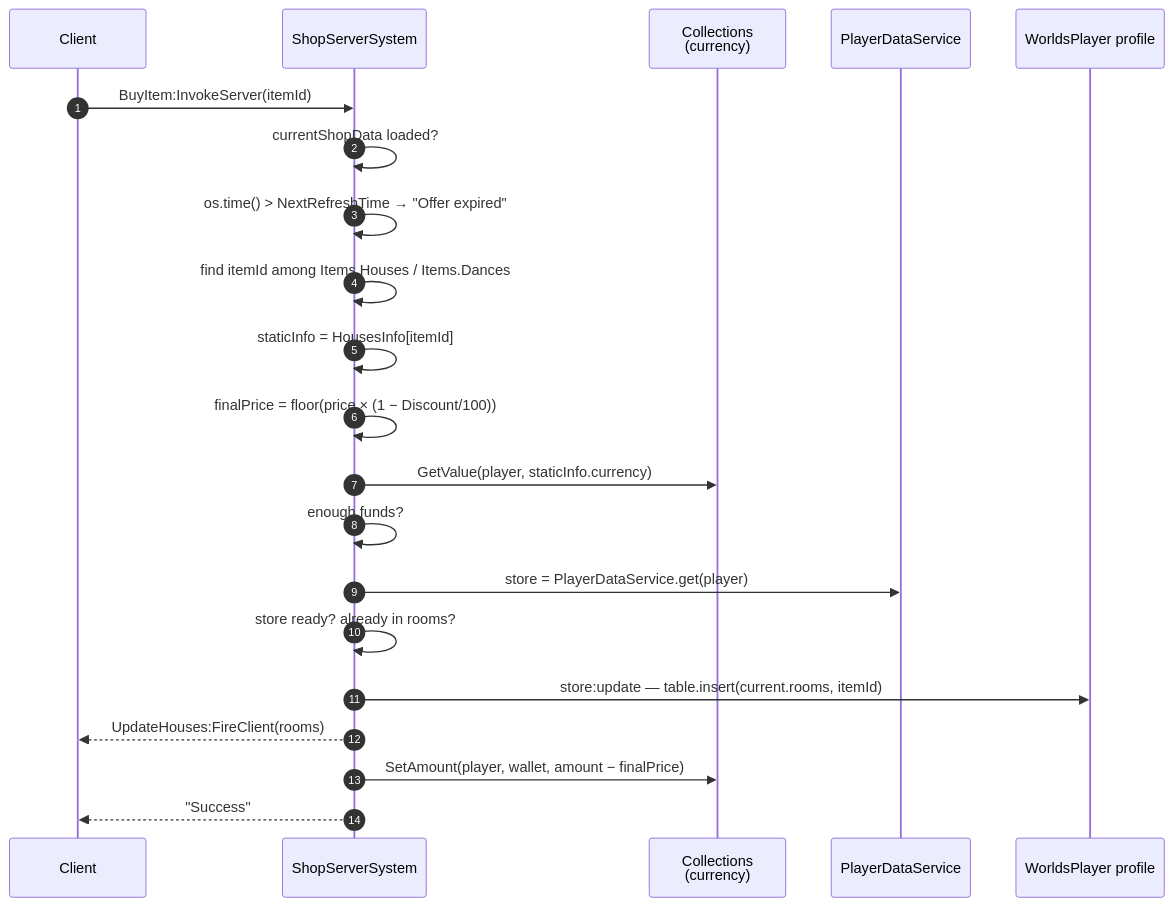
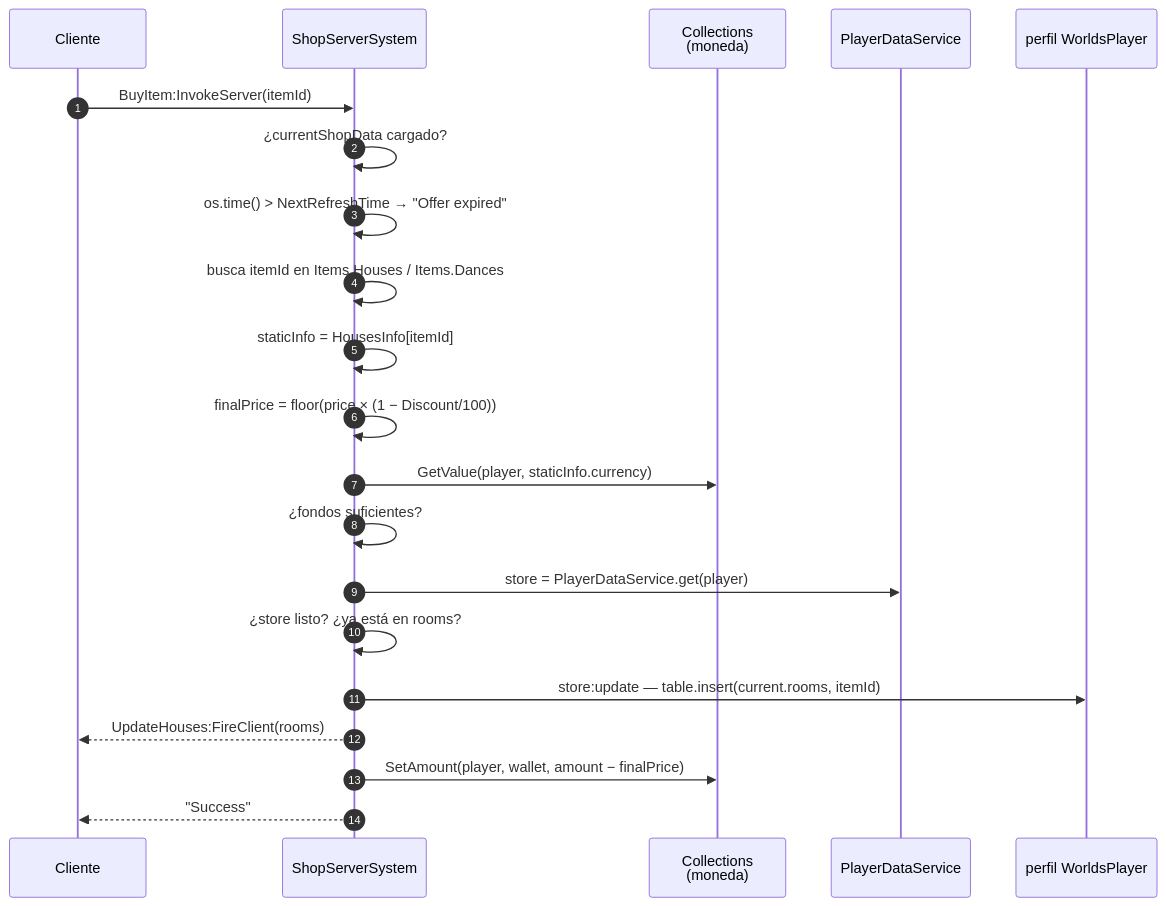
Before and after one commit to Arclyne/voz-hispana: the first of 2 diagrams in docs/systems/housing/identity.md, drawn with Mermaid. The commit also changed other lines of this file and 6 other files, not shown here.

````diff
--- a/docs/systems/housing/identity.md
+++ b/docs/systems/housing/identity.md
@@ -116,24 +118,24 @@
 ```mermaid
 sequenceDiagram
     autonumber
-    participant C as Client
+    participant C as Cliente
     participant SS as ShopServerSystem
-    participant COL as Collections<br/>(currency)
+    participant COL as Collections<br/>(moneda)
     participant PDS as PlayerDataService
-    participant WP as WorldsPlayer profile
+    participant WP as perfil WorldsPlayer
 
     C->>SS: BuyItem:InvokeServer(itemId)
-    SS->>SS: currentShopData loaded?
+    SS->>SS: ¿currentShopData cargado?
     SS->>SS: os.time() > NextRefreshTime → "Offer expired"
-    SS->>SS: find itemId among Items.Houses / Items.Dances
+    SS->>SS: busca itemId en Items.Houses / Items.Dances
     SS->>SS: staticInfo = HousesInfo[itemId]
     SS->>SS: finalPrice = floor(price × (1 − Discount/100))
     SS->>COL: GetValue(player, staticInfo.currency)
-    SS->>SS: enough funds?
+    SS->>SS: ¿fondos suficientes?
     SS->>PDS: store = PlayerDataService.get(player)
-    SS->>SS: store ready? already in rooms?
+    SS->>SS: ¿store listo? ¿ya está en rooms?
     SS->>WP: store:update — table.insert(current.rooms, itemId)
     SS-->>C: UpdateHouses:FireClient(rooms)
     SS->>COL: SetAmount(player, wallet, amount − finalPrice)
     SS-->>C: "Success"
 ```
````
